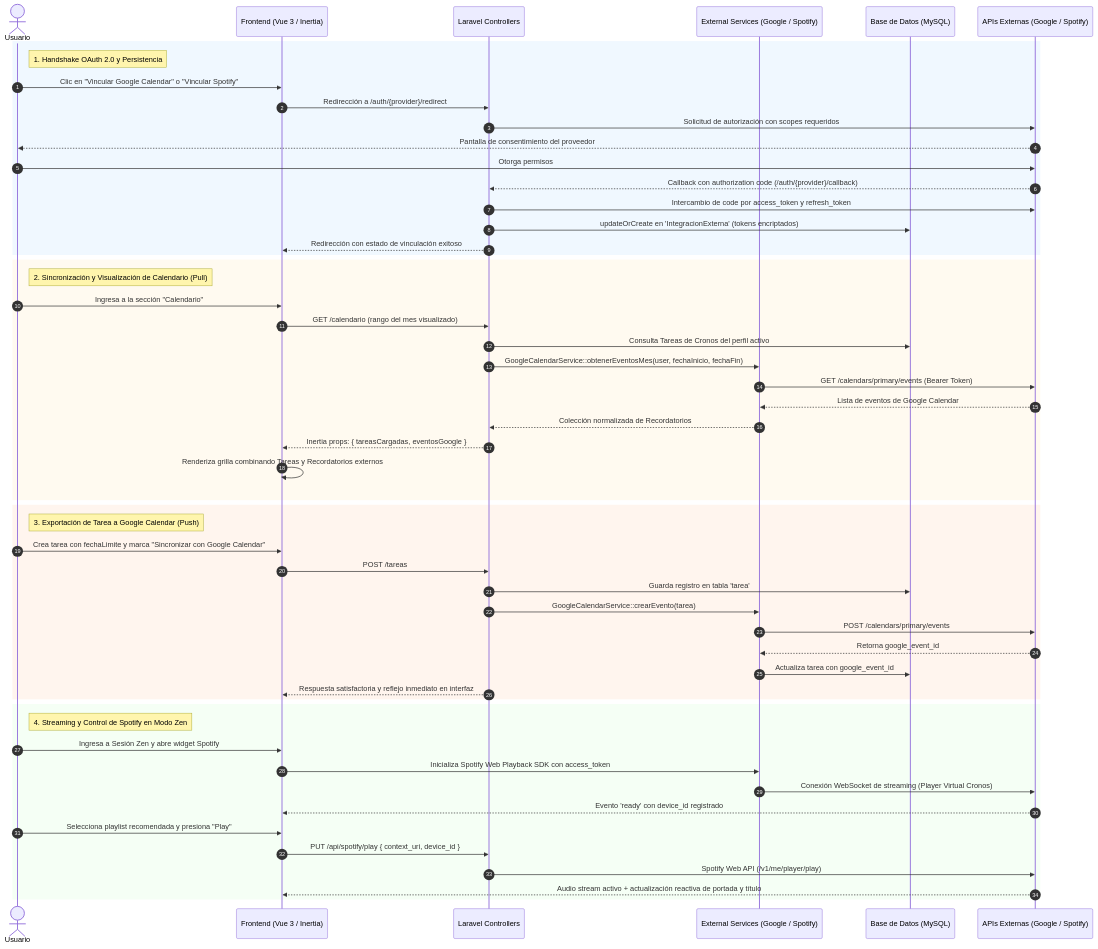
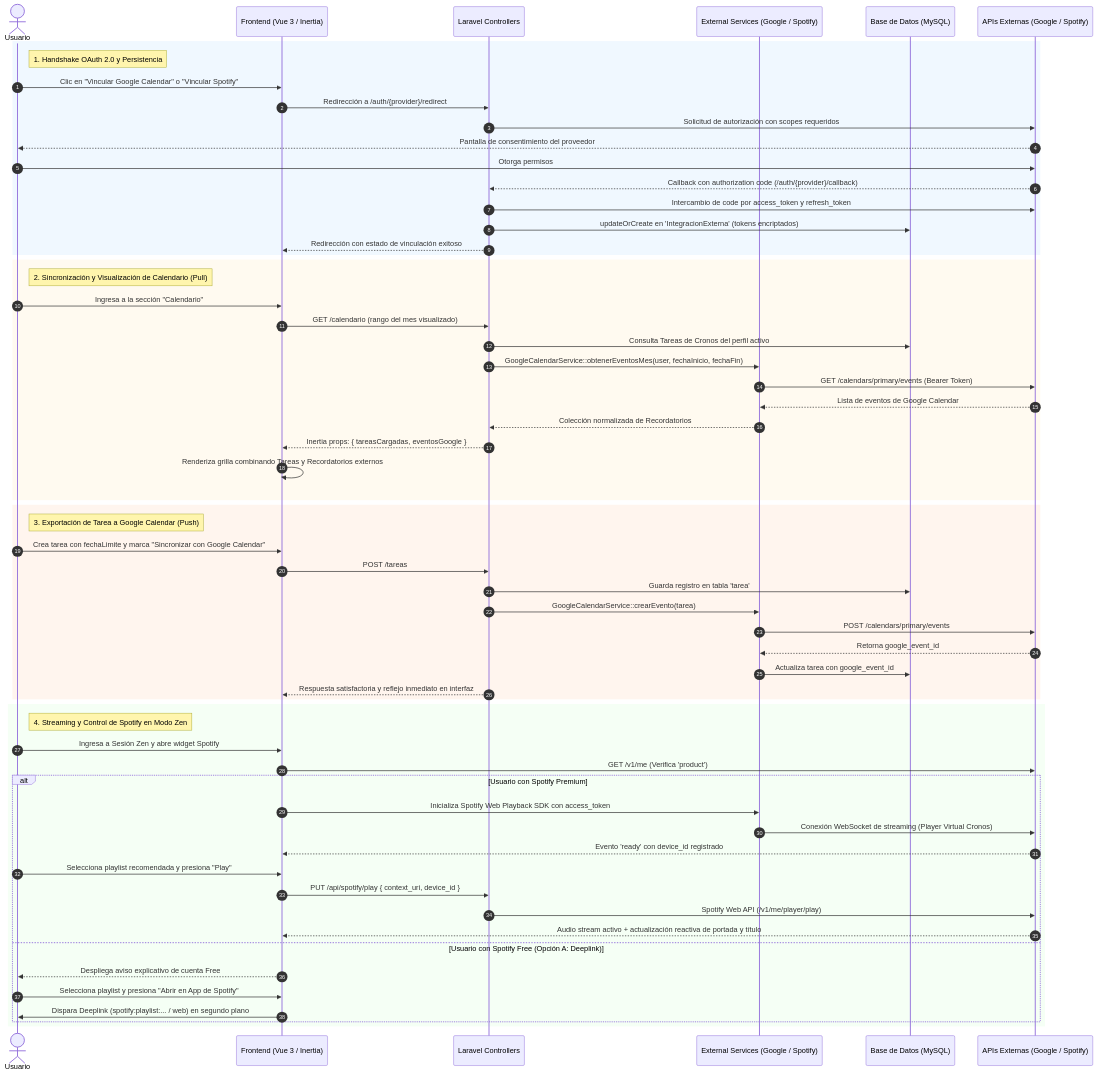
The diagram in docs/rf_m15_sincronizacion_calendar_spotify.md (FornariNahir/cronos-notes), drawn with Mermaid before and after one commit. The commit also changed other lines of this file, not shown here.

Commit message:
docs(rf-m15): incorporar degradacion elegante a deeplink para spotify free y casos de prueba qa

````diff
--- a/docs/rf_m15_sincronizacion_calendar_spotify.md
+++ b/docs/rf_m15_sincronizacion_calendar_spotify.md
@@ -74,64 +77,71 @@
 ```mermaid
 sequenceDiagram
     autonumber
     actor U as Usuario
     participant V as Frontend (Vue 3 / Inertia)
     participant C as Laravel Controllers
     participant S as External Services (Google / Spotify)
     participant DB as Base de Datos (MySQL)
     participant API as APIs Externas (Google / Spotify)
 
     %% Autenticación / Vinculación OAuth
     rect rgb(240, 248, 255)
     note right of U: 1. Handshake OAuth 2.0 y Persistencia
     U->>V: Clic en "Vincular Google Calendar" o "Vincular Spotify"
     V->>C: Redirección a /auth/{provider}/redirect
     C->>API: Solicitud de autorización con scopes requeridos
     API-->>U: Pantalla de consentimiento del proveedor
     U->>API: Otorga permisos
     API-->>C: Callback con authorization code (/auth/{provider}/callback)
     C->>API: Intercambio de code por access_token y refresh_token
     C->>DB: updateOrCreate en 'IntegracionExterna' (tokens encriptados)
     C-->>V: Redirección con estado de vinculación exitoso
     end
 
     %% Google Calendar Sync (Pull)
     rect rgb(255, 250, 240)
     note right of U: 2. Sincronización y Visualización de Calendario (Pull)
     U->>V: Ingresa a la sección "Calendario"
     V->>C: GET /calendario (rango del mes visualizado)
     C->>DB: Consulta Tareas de Cronos del perfil activo
     C->>S: GoogleCalendarService::obtenerEventosMes(user, fechaInicio, fechaFin)
     S->>API: GET /calendars/primary/events (Bearer Token)
     API-->>S: Lista de eventos de Google Calendar
     S-->>C: Colección normalizada de Recordatorios
     C-->>V: Inertia props: { tareasCargadas, eventosGoogle }
     V->>V: Renderiza grilla combinando Tareas y Recordatorios externos
     end
 
     %% Exportación de Tarea (Push)
     rect rgb(255, 245, 238)
     note right of U: 3. Exportación de Tarea a Google Calendar (Push)
     U->>V: Crea tarea con fechaLimite y marca "Sincronizar con Google Calendar"
     V->>C: POST /tareas
     C->>DB: Guarda registro en tabla 'tarea'
     C->>S: GoogleCalendarService::crearEvento(tarea)
     S->>API: POST /calendars/primary/events
     API-->>S: Retorna google_event_id
     S->>DB: Actualiza tarea con google_event_id
     C-->>V: Respuesta satisfactoria y reflejo inmediato en interfaz
     end
 
     %% Spotify Streaming
     rect rgb(245, 255, 245)
     note right of U: 4. Streaming y Control de Spotify en Modo Zen
     U->>V: Ingresa a Sesión Zen y abre widget Spotify
-    V->>S: Inicializa Spotify Web Playback SDK con access_token
-    S->>API: Conexión WebSocket de streaming (Player Virtual Cronos)
-    API-->>V: Evento 'ready' con device_id registrado
-    U->>V: Selecciona playlist recomendada y presiona "Play"
-    V->>C: PUT /api/spotify/play { context_uri, device_id }
-    C->>API: Spotify Web API (/v1/me/player/play)
-    API-->>V: Audio stream activo + actualización reactiva de portada y título
+    V->>API: GET /v1/me (Verifica 'product')
+    alt Usuario con Spotify Premium
+        V->>S: Inicializa Spotify Web Playback SDK con access_token
+        S->>API: Conexión WebSocket de streaming (Player Virtual Cronos)
+        API-->>V: Evento 'ready' con device_id registrado
+        U->>V: Selecciona playlist recomendada y presiona "Play"
+        V->>C: PUT /api/spotify/play { context_uri, device_id }
+        C->>API: Spotify Web API (/v1/me/player/play)
+        API-->>V: Audio stream activo + actualización reactiva de portada y título
+    else Usuario con Spotify Free (Opción A: Deeplink)
+        V-->>U: Despliega aviso explicativo de cuenta Free
+        U->>V: Selecciona playlist y presiona "Abrir en App de Spotify"
+        V->>U: Dispara Deeplink (spotify:playlist:... / web) en segundo plano
+    end
     end
 ```
````
